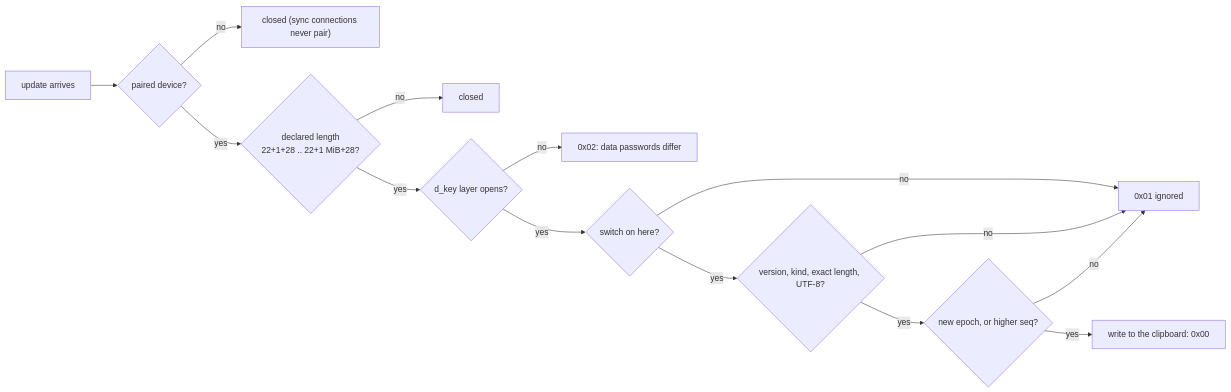
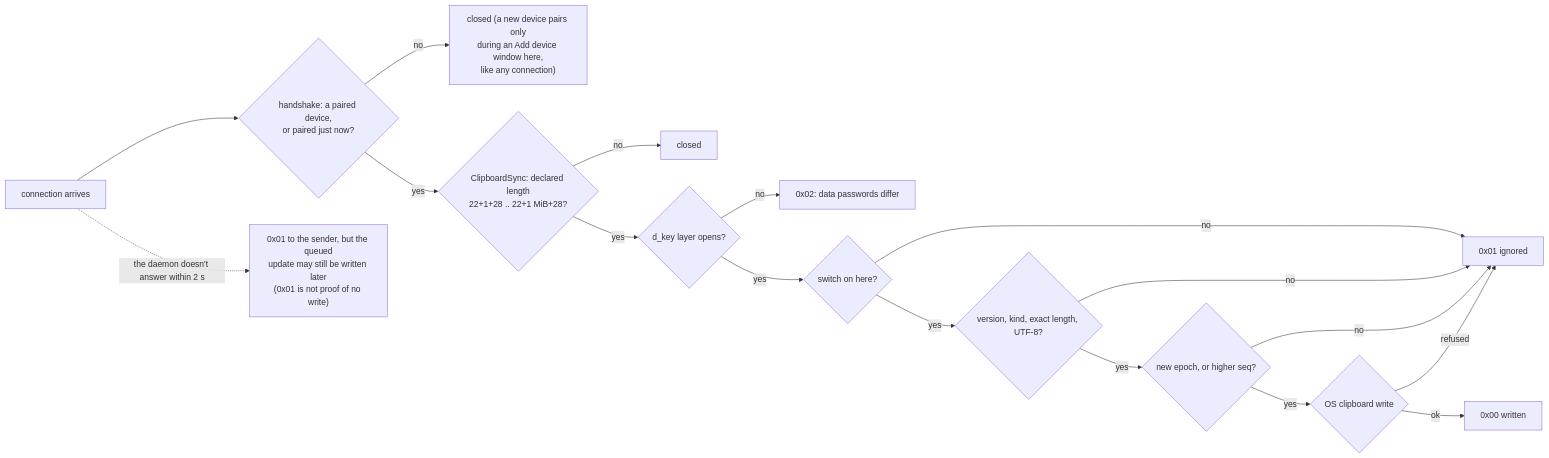
Before and after one commit to czarekkdev/cesaconn: the third of 3 diagrams in docs/diagrams/clipboard-sync.md, drawn with Mermaid. The commit also changed other lines of this file and 10 other files, not shown here.

First line of the commit message:
docs(diagrams): match the code on the review points

````diff
--- a/docs/diagrams/clipboard-sync.md
+++ b/docs/diagrams/clipboard-sync.md
@@ -48,16 +51,19 @@
 ```mermaid
 flowchart LR
-    in["update arrives"] --> p{"paired device?"}
-    p -- no --> x1["closed (sync connections never pair)"]
-    p -- yes --> len{"declared length<br/>22+1+28 .. 22+1 MiB+28?"}
+    in["connection arrives"] --> p{"handshake: a paired device,<br/>or paired just now?"}
+    p -- no --> x1["closed (a new device pairs only<br/>during an Add device window here,<br/>like any connection)"]
+    p -- yes --> len{"ClipboardSync: declared length<br/>22+1+28 .. 22+1 MiB+28?"}
     len -- no --> x2["closed"]
     len -- yes --> dk{"d_key layer opens?"}
     dk -- no --> x3["0x02: data passwords differ"]
     dk -- yes --> sw{"switch on here?"}
     sw -- no --> x4["0x01 ignored"]
     sw -- yes --> fmt{"version, kind, exact length, UTF-8?"}
     fmt -- no --> x4
     fmt -- yes --> ord{"new epoch, or higher seq?"}
     ord -- no --> x4
-    ord -- yes --> ok["write to the clipboard: 0x00"]
+    ord -- yes --> write{"OS clipboard write"}
+    write -- ok --> ok["0x00 written"]
+    write -- refused --> x4
+    in -. "the daemon doesn't answer within 2 s" .-> late["0x01 to the sender, but the queued<br/>update may still be written later<br/>(0x01 is not proof of no write)"]
 ```
````
